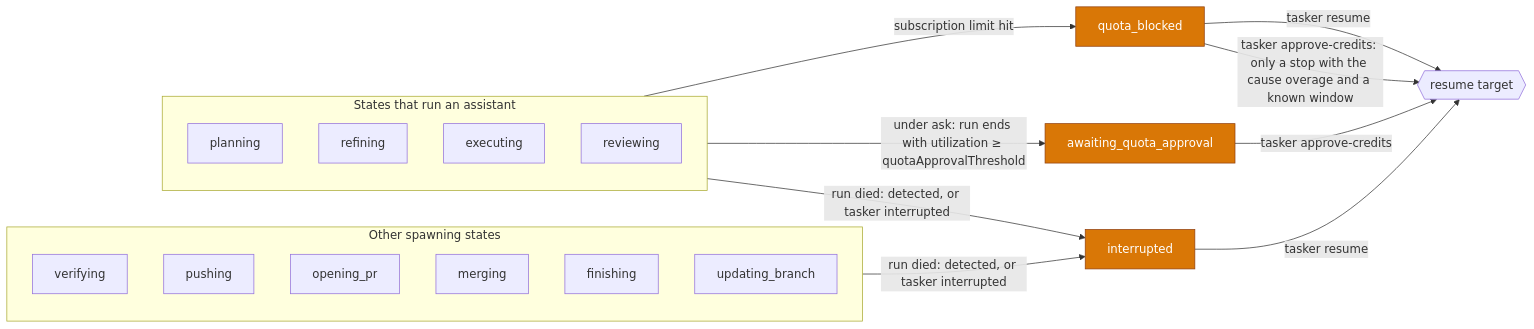
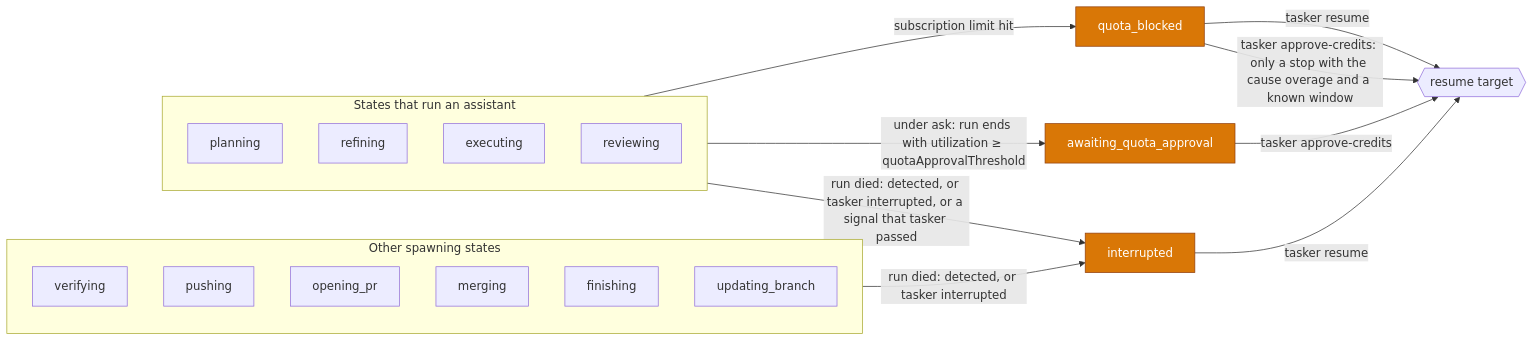
Before and after one commit to codeguru42/tasker: the seventh of 9 diagrams in docs/statemachine.md, drawn with Mermaid. The commit also changed other lines of this file and 1 other file, not shown here.

Commit message:
docs: Describe the move to interrupted after a signal of tasker

````diff
--- a/docs/statemachine.md
+++ b/docs/statemachine.md
@@ -180,31 +180,31 @@
 ```mermaid
 flowchart LR
   subgraph Assistant["States that run an assistant"]
     PL[planning]
     RF[refining]
     E[executing]
     RV[reviewing]
   end
 
   subgraph NoAssistant["Other spawning states"]
     V[verifying]
     PG[pushing]
     OP[opening_pr]
     MG[merging]
     FN[finishing]
     UB[updating_branch]
   end
 
   Assistant -->|subscription limit hit| Q[quota_blocked]
   Assistant -->|under ask: run ends with utilization ≥ quotaApprovalThreshold| QA[awaiting_quota_approval]
-  Assistant -->|run died: detected, or tasker interrupted| X[interrupted]
+  Assistant -->|run died: detected, or tasker interrupted, or a signal that tasker passed| X[interrupted]
   NoAssistant -->|run died: detected, or tasker interrupted| X
 
   Q -->|tasker resume| T{{resume target}}
   Q -->|tasker approve-credits: only a stop with the cause overage and a known window| T
   X -->|tasker resume| T
   QA -->|tasker approve-credits| T
 
   classDef pause fill:#d97706,color:#fff,stroke:#92400e;
   class Q,QA,X pause;
 ```
````
